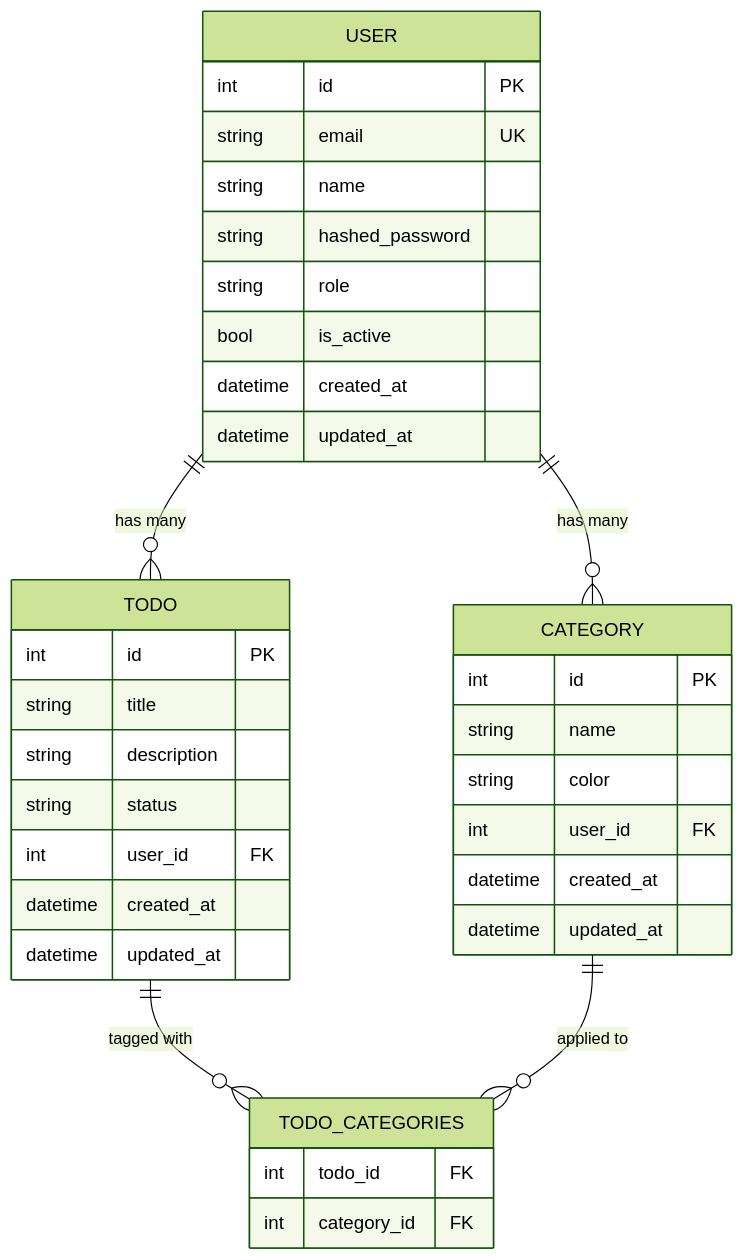
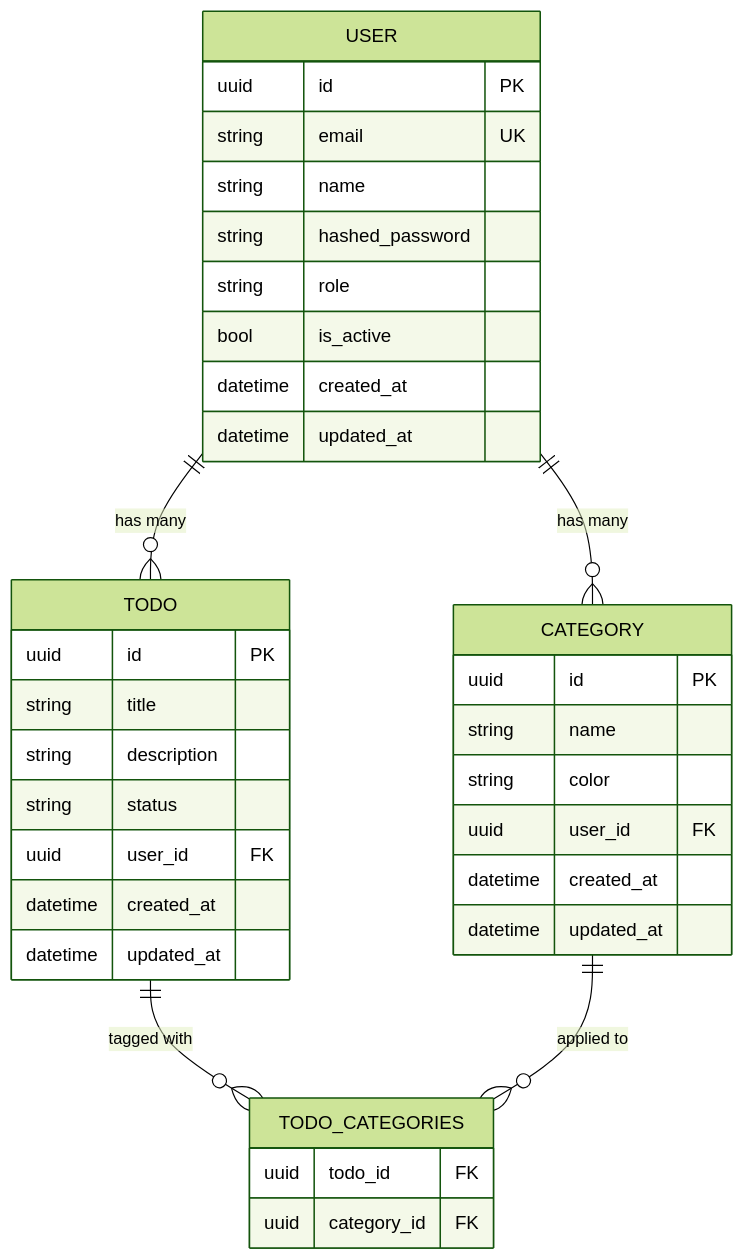
One commit to dangquan1402/dev-workflow-template changed the diagram in docs/reference/erd.md. Above: the diagram before and after it, drawn with Mermaid (forest theme). The commit also changed other lines of this file and 31 other files, not shown here.

````diff
--- a/docs/reference/erd.md
+++ b/docs/reference/erd.md
@@ -5,42 +5,42 @@
 ```mermaid
 erDiagram
     USER {
-        int id PK
+        uuid id PK
         string email UK
         string name
         string hashed_password
         string role
         bool is_active
         datetime created_at
         datetime updated_at
     }
 
     TODO {
-        int id PK
+        uuid id PK
         string title
         string description
         string status
-        int user_id FK
+        uuid user_id FK
         datetime created_at
         datetime updated_at
     }
 
     CATEGORY {
-        int id PK
+        uuid id PK
         string name
         string color
-        int user_id FK
+        uuid user_id FK
         datetime created_at
         datetime updated_at
     }
 
     TODO_CATEGORIES {
-        int todo_id FK
-        int category_id FK
+        uuid todo_id FK
+        uuid category_id FK
     }
 
     USER ||--o{ TODO : "has many"
     USER ||--o{ CATEGORY : "has many"
     TODO ||--o{ TODO_CATEGORIES : "tagged with"
     CATEGORY ||--o{ TODO_CATEGORIES : "applied to"
 ```
````
